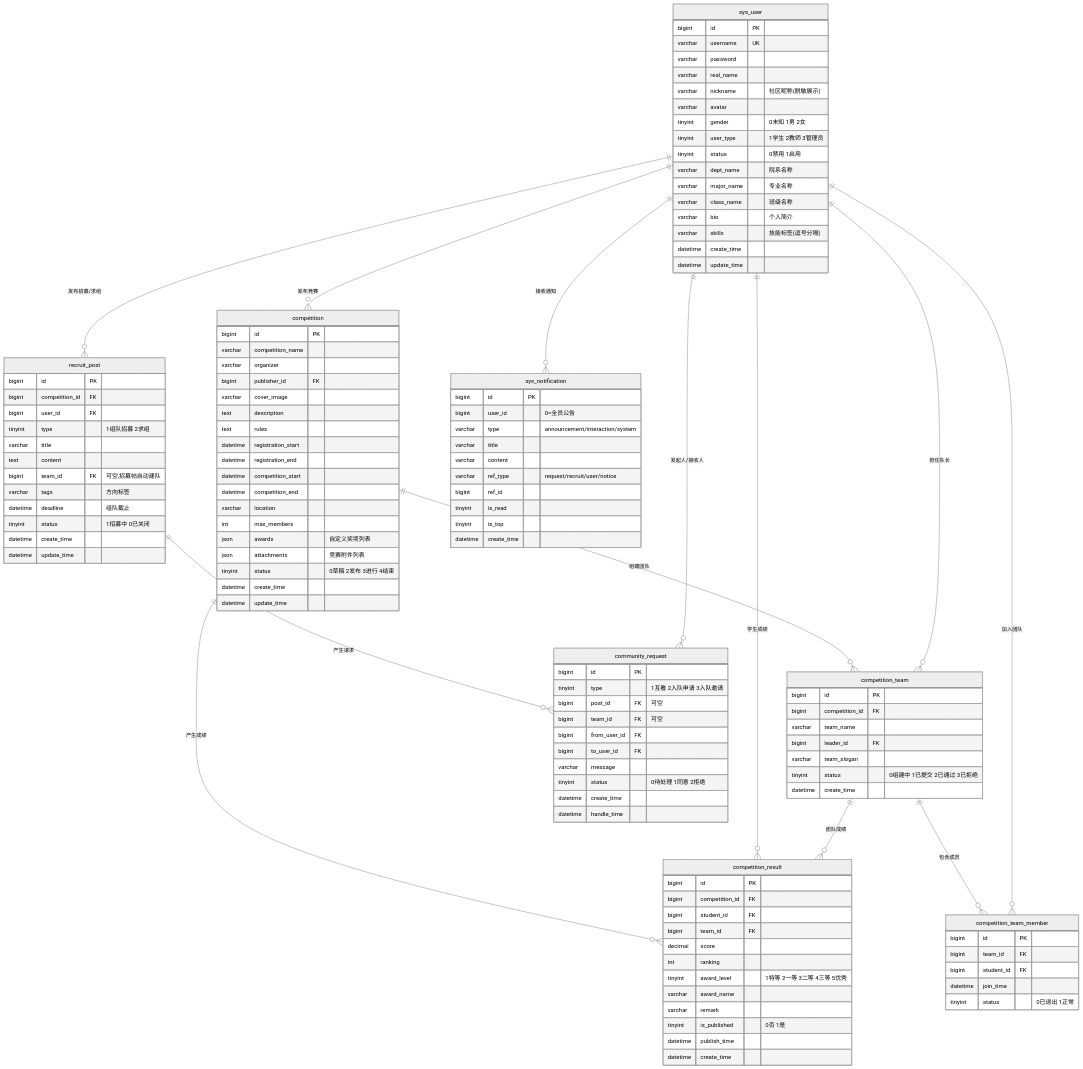
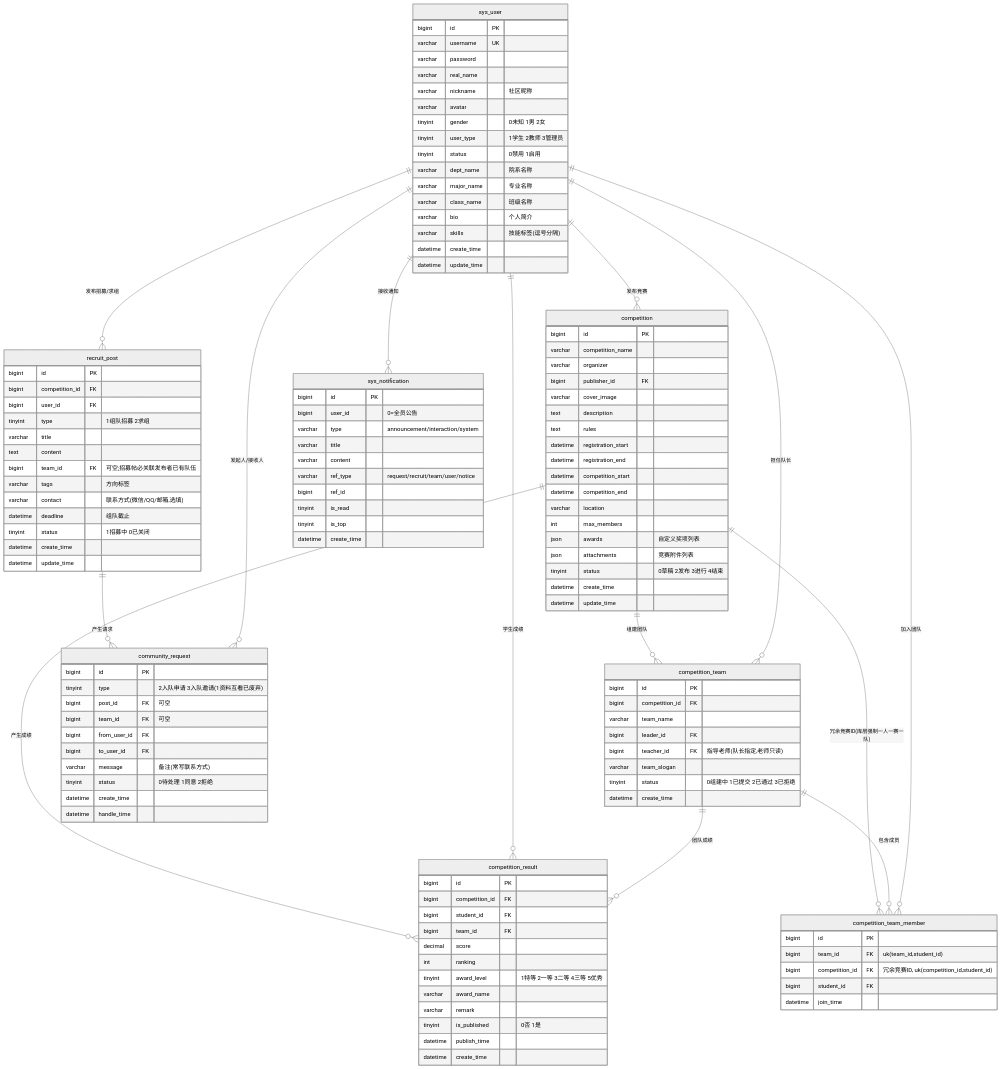
One commit to jiuxina/SGADQRS changed the diagram in docs/ER-DIAGRAM.md. Above: the diagram before and after it, drawn with Mermaid (neutral theme). The commit also changed other lines of this file and 9 other files, not shown here.

Commit message:
docs: 全量文档同步与全链路测试报告（含缺陷证据截图）

```diff
--- a/docs/ER-DIAGRAM.md
+++ b/docs/ER-DIAGRAM.md
@@ -9,7 +9,7 @@
         varchar username UK
         varchar password
         varchar real_name
-        varchar nickname "社区昵称(脱敏展示)"
+        varchar nickname "社区昵称"
         varchar avatar
         tinyint gender "0未知 1男 2女"
         tinyint user_type "1学生 2教师 3管理员"
@@ -64,6 +64,7 @@
         bigint competition_id FK
         varchar team_name
         bigint leader_id FK
+        bigint teacher_id FK "指导老师(队长指定,老师只读)"
         varchar team_slogan
         tinyint status "0组建中 1已提交 2已通过 3已拒绝"
         datetime create_time
@@ -71,10 +72,10 @@
 
     competition_team_member {
         bigint id PK
-        bigint team_id FK
+        bigint team_id FK "uk(team_id,student_id)"
+        bigint competition_id FK "冗余竞赛ID, uk(competition_id,student_id)"
         bigint student_id FK
         datetime join_time
-        tinyint status "0已退出 1正常"
     }
 
     recruit_post {
@@ -84,8 +85,9 @@
         tinyint type "1组队招募 2求组"
         varchar title
         text content
-        bigint team_id FK "可空,招募帖自动建队"
+        bigint team_id FK "可空;招募帖必关联发布者已有队伍"
         varchar tags "方向标签"
+        varchar contact "联系方式(微信/QQ/邮箱,选填)"
         datetime deadline "组队截止"
         tinyint status "1招募中 0已关闭"
         datetime create_time
@@ -94,12 +96,12 @@
 
     community_request {
         bigint id PK
-        tinyint type "1互看 2入队申请 3入队邀请"
+        tinyint type "2入队申请 3入队邀请(1资料互看已废弃)"
         bigint post_id FK "可空"
         bigint team_id FK "可空"
         bigint from_user_id FK
         bigint to_user_id FK
-        varchar message
+        varchar message "备注(常写联系方式)"
         tinyint status "0待处理 1同意 2拒绝"
         datetime create_time
         datetime handle_time
@@ -111,7 +113,7 @@
         varchar type "announcement/interaction/system"
         varchar title
         varchar content
-        varchar ref_type "request/recruit/user/notice"
+        varchar ref_type "request/recruit/team/user/notice"
         bigint ref_id
         tinyint is_read
         tinyint is_top
@@ -126,6 +128,7 @@
 
     sys_user ||--o{ competition_result : "学生成绩"
 
+    competition ||--o{ competition_team_member : "冗余竞赛ID(库层强制一人一赛一队)"
     competition_team ||--o{ competition_team_member : "包含成员"
     competition_team ||--o{ competition_result : "团队成绩"
     sys_user ||--o{ competition_team_member : "加入团队"
```
